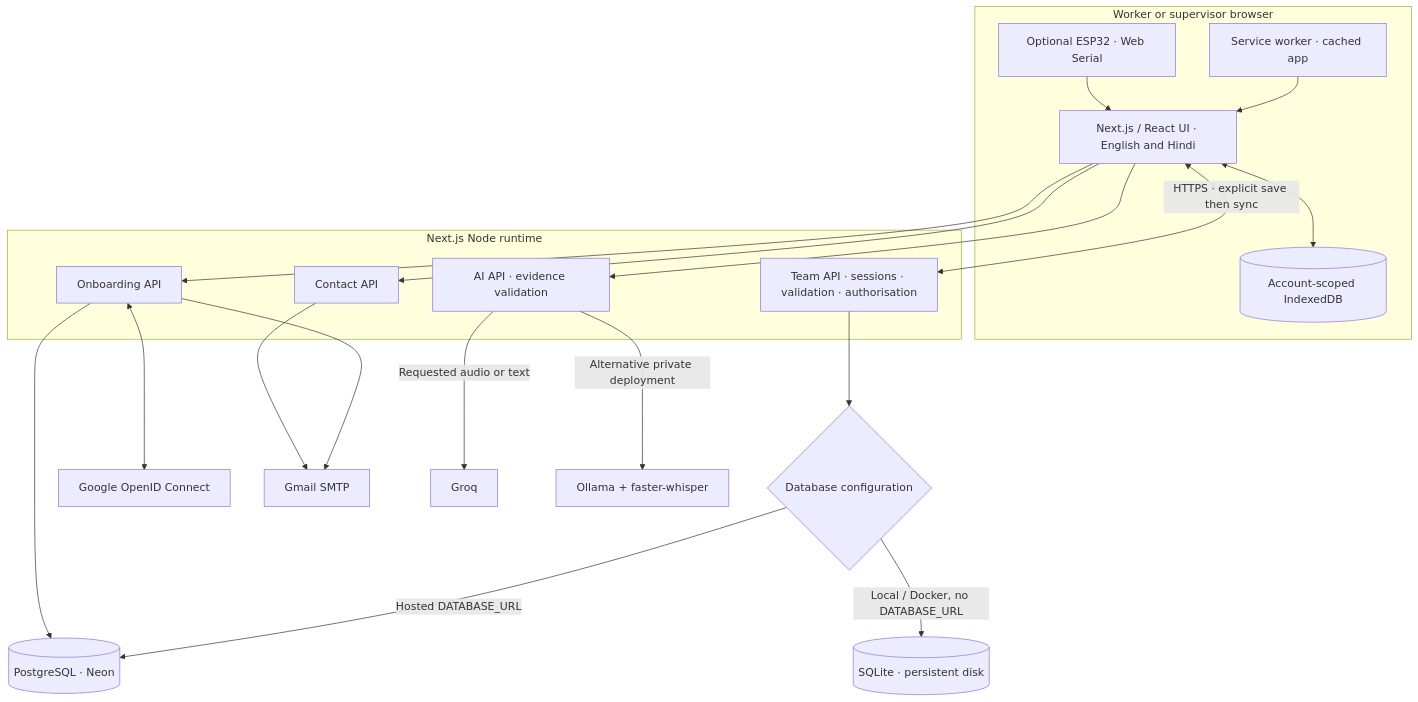
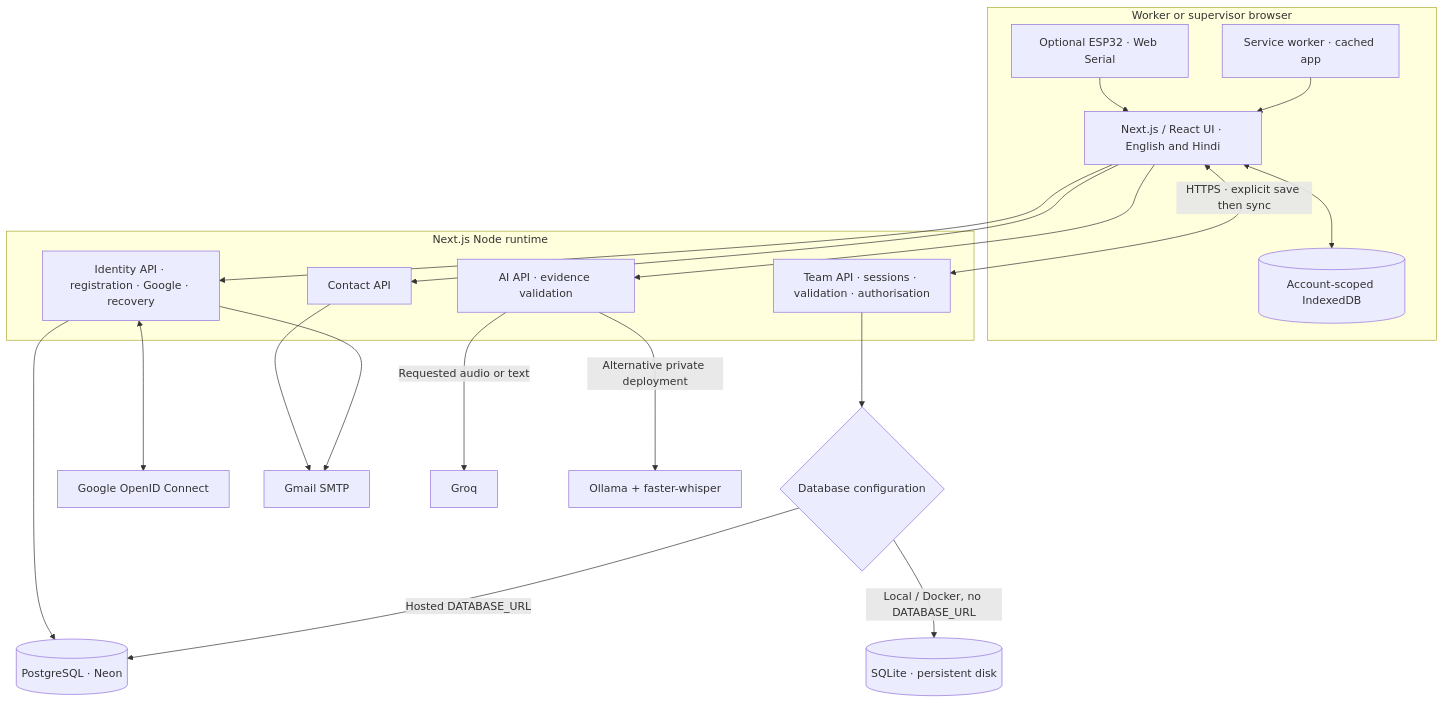
Before and after one commit to thisisanubhav/jalrakshak: the first of 4 diagrams in docs/technical-design.md, drawn with Mermaid. The commit also changed other lines of this file, not shown here.

Commit message:
docs: refresh architecture and account recovery diagrams

````diff
--- a/docs/technical-design.md
+++ b/docs/technical-design.md
@@ -12,31 +12,31 @@
 ```mermaid
 flowchart TB
   subgraph Device["Worker or supervisor browser"]
     UI["Next.js / React UI · English and Hindi"]
     IDB[("Account-scoped IndexedDB")]
     SW["Service worker · cached app"]
     USB["Optional ESP32 · Web Serial"]
     UI <--> IDB
     SW --> UI
     USB --> UI
   end
   subgraph Server["Next.js Node runtime"]
     API["Team API · sessions · validation · authorisation"]
-    SIGNUP["Onboarding API"]
+    SIGNUP["Identity API · registration · Google · recovery"]
     AI["AI API · evidence validation"]
     CONTACT["Contact API"]
   end
   UI <-->|"HTTPS · explicit save then sync"| API
   UI --> SIGNUP
   UI --> AI
   UI --> CONTACT
   API --> STORE{"Database configuration"}
   STORE -->|"Hosted DATABASE_URL"| PG[("PostgreSQL · Neon")]
   STORE -->|"Local / Docker, no DATABASE_URL"| SQL[("SQLite · persistent disk")]
   SIGNUP --> PG
   SIGNUP <--> GOOGLE["Google OpenID Connect"]
   SIGNUP --> MAIL["Gmail SMTP"]
   CONTACT --> MAIL
   AI -->|"Requested audio or text"| GROQ["Groq"]
   AI -->|"Alternative private deployment"| LOCAL["Ollama + faster-whisper"]
 ```
````
